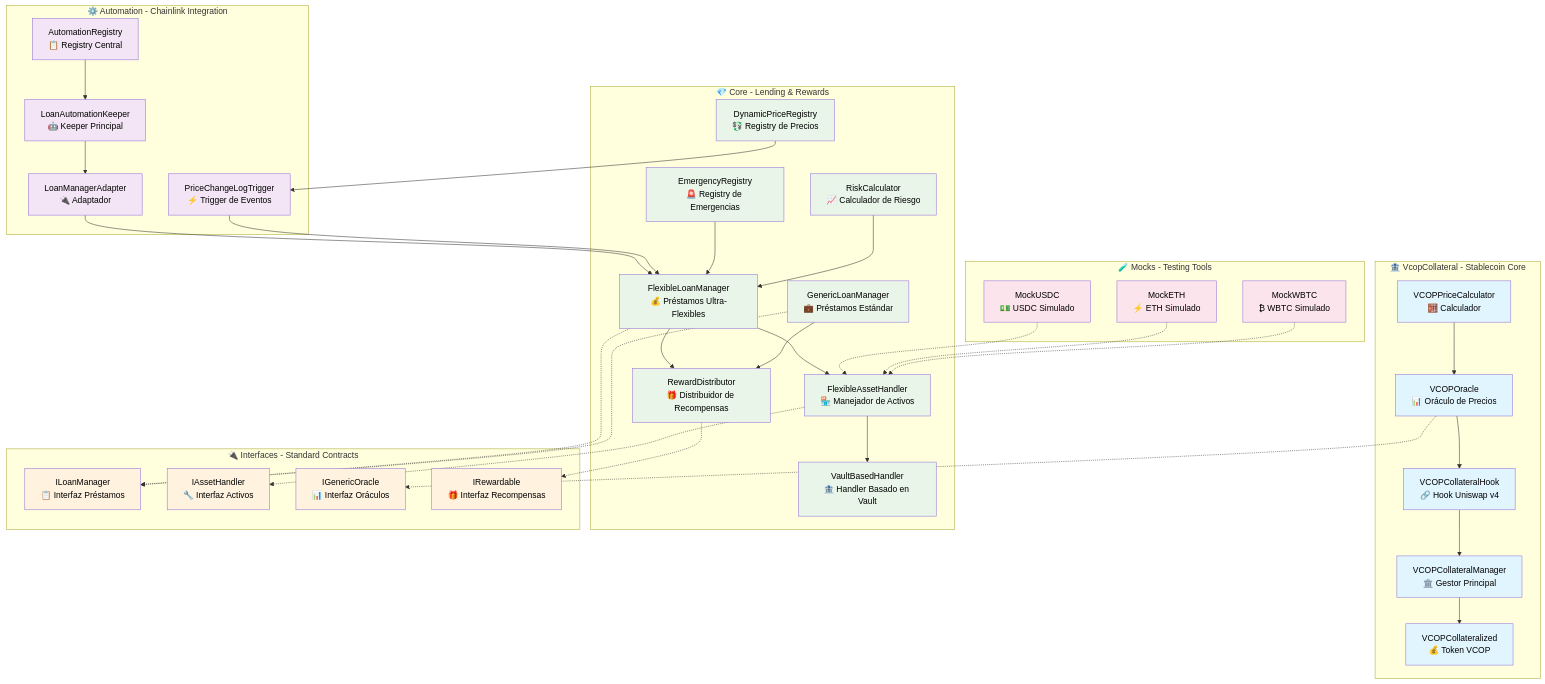
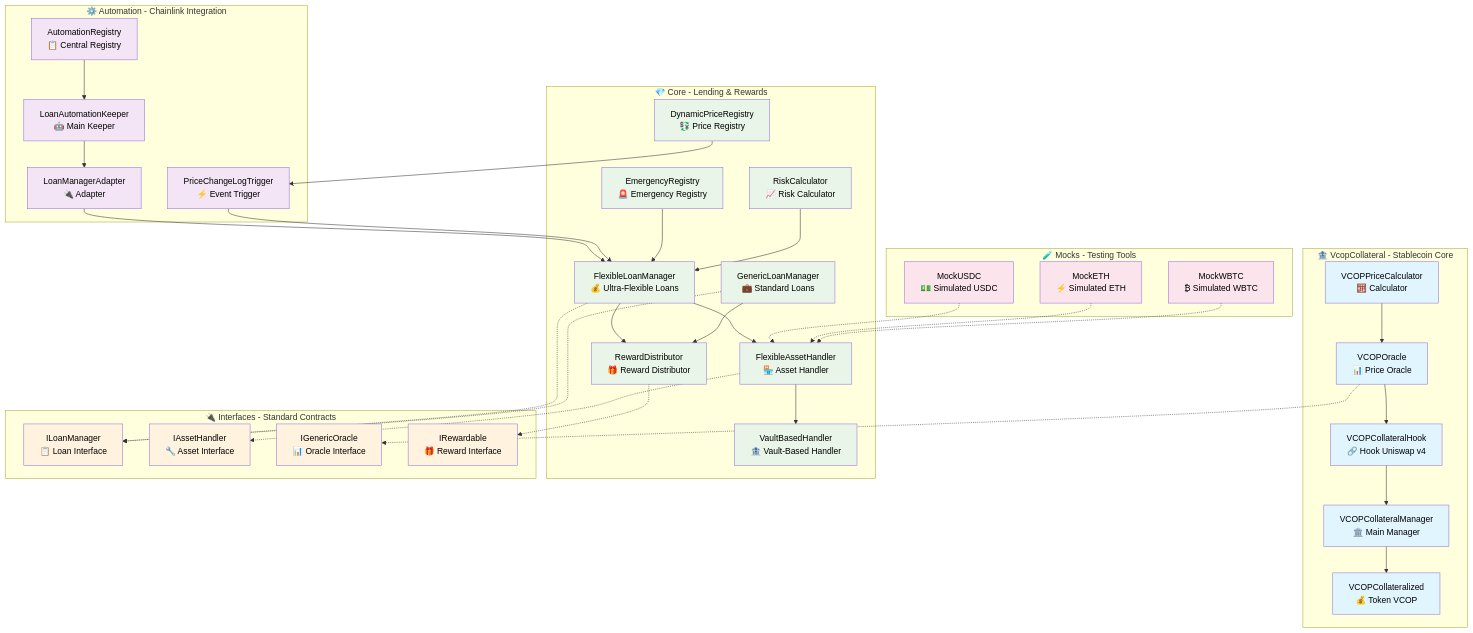
One commit to rofergon/Vcop-Collateral-system-hook-main changed the first of 2 diagrams in src/README.md. Above: the diagram before and after it, drawn with Mermaid.

Commit message:
chore: Update README for improved clarity and consistency - Revised component descriptions to enhance understanding, translating terms from Spanish to English and ensuring accurate representation of the VCOP System's features and architecture.

```diff
--- a/src/README.md
+++ b/src/README.md
@@ -19,41 +19,41 @@
 graph TB
     subgraph "🏦 VcopCollateral - Stablecoin Core"
         VC[VCOPCollateralized<br/>💰 Token VCOP]
-        VCM[VCOPCollateralManager<br/>🏛️ Gestor Principal]
+        VCM[VCOPCollateralManager<br/>🏛️ Main Manager]
         VCH[VCOPCollateralHook<br/>🔗 Hook Uniswap v4]
-        VO[VCOPOracle<br/>📊 Oráculo de Precios]
-        VPC[VCOPPriceCalculator<br/>🧮 Calculador]
+        VO[VCOPOracle<br/>📊 Price Oracle]
+        VPC[VCOPPriceCalculator<br/>🧮 Calculator]
     end
     
     subgraph "⚙️ Automation - Chainlink Integration"
-        AR[AutomationRegistry<br/>📋 Registry Central]
-        LAK[LoanAutomationKeeper<br/>🤖 Keeper Principal]
-        LMAA[LoanManagerAdapter<br/>🔌 Adaptador]
-        PCLT[PriceChangeLogTrigger<br/>⚡ Trigger de Eventos]
+        AR[AutomationRegistry<br/>📋 Central Registry]
+        LAK[LoanAutomationKeeper<br/>🤖 Main Keeper]
+        LMAA[LoanManagerAdapter<br/>🔌 Adapter]
+        PCLT[PriceChangeLogTrigger<br/>⚡ Event Trigger]
     end
     
     subgraph "💎 Core - Lending & Rewards"
-        FLM[FlexibleLoanManager<br/>💰 Préstamos Ultra-Flexibles]
-        GLM[GenericLoanManager<br/>💼 Préstamos Estándar]
-        RD[RewardDistributor<br/>🎁 Distribuidor de Recompensas]
-        FAH[FlexibleAssetHandler<br/>🏪 Manejador de Activos]
-        VBH[VaultBasedHandler<br/>🏦 Handler Basado en Vault]
-        DPR[DynamicPriceRegistry<br/>💱 Registry de Precios]
-        ER[EmergencyRegistry<br/>🚨 Registry de Emergencias]
-        RC[RiskCalculator<br/>📈 Calculador de Riesgo]
+        FLM[FlexibleLoanManager<br/>💰 Ultra-Flexible Loans]
+        GLM[GenericLoanManager<br/>💼 Standard Loans]
+        RD[RewardDistributor<br/>🎁 Reward Distributor]
+        FAH[FlexibleAssetHandler<br/>🏪 Asset Handler]
+        VBH[VaultBasedHandler<br/>🏦 Vault-Based Handler]
+        DPR[DynamicPriceRegistry<br/>💱 Price Registry]
+        ER[EmergencyRegistry<br/>🚨 Emergency Registry]
+        RC[RiskCalculator<br/>📈 Risk Calculator]
     end
     
     subgraph "🔌 Interfaces - Standard Contracts"
-        ILM[ILoanManager<br/>📋 Interfaz Préstamos]
-        IAH[IAssetHandler<br/>🔧 Interfaz Activos]
-        IGO[IGenericOracle<br/>📊 Interfaz Oráculos]
-        IR[IRewardable<br/>🎁 Interfaz Recompensas]
+        ILM[ILoanManager<br/>📋 Loan Interface]
+        IAH[IAssetHandler<br/>🔧 Asset Interface]
+        IGO[IGenericOracle<br/>📊 Oracle Interface]
+        IR[IRewardable<br/>🎁 Reward Interface]
     end
     
     subgraph "🧪 Mocks - Testing Tools"
-        MUSDC[MockUSDC<br/>💵 USDC Simulado]
-        METH[MockETH<br/>⚡ ETH Simulado]
-        MWBTC[MockWBTC<br/>₿ WBTC Simulado]
+        MUSDC[MockUSDC<br/>💵 Simulated USDC]
+        METH[MockETH<br/>⚡ Simulated ETH]
+        MWBTC[MockWBTC<br/>₿ Simulated WBTC]
     end
     
     %% Main relationships
```
